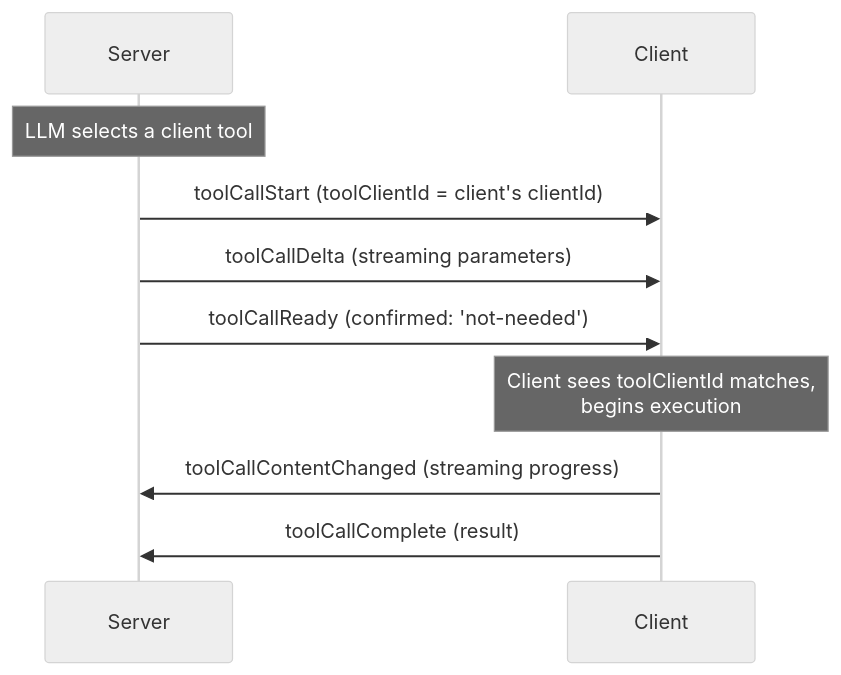
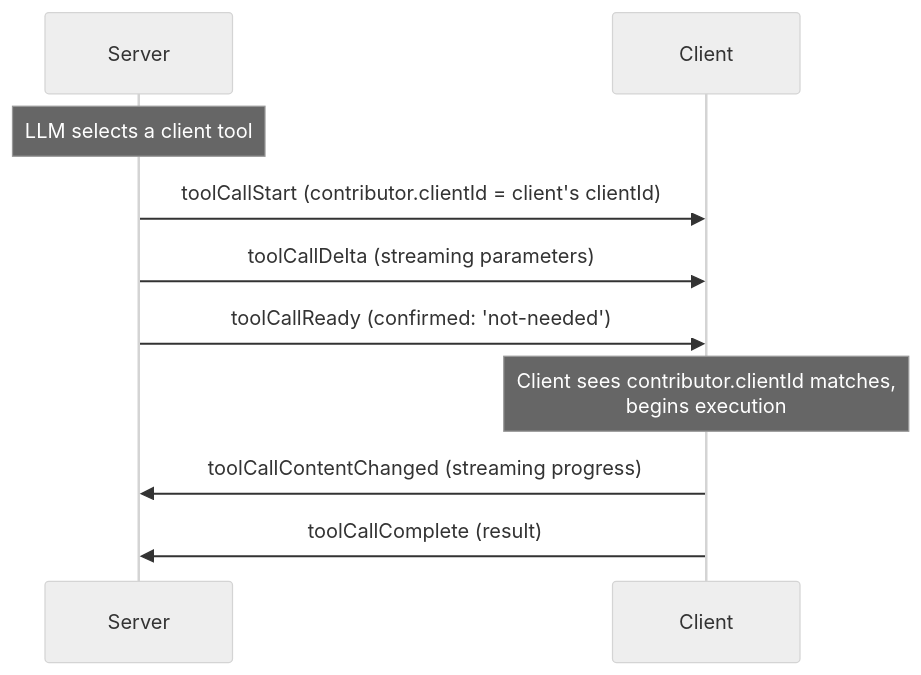
Before and after one commit to Qusic/agent-host-protocol: the fifth of 7 diagrams in docs/guide/customizations.md, drawn with Mermaid (neutral theme). The commit also changed other lines of this file and 102 other files, not shown here.

````diff
--- a/docs/guide/customizations.md
+++ b/docs/guide/customizations.md
@@ -276,15 +277,15 @@
 ```mermaid
 sequenceDiagram
     participant Server
     participant Client
 
     Note over Server: LLM selects a client tool
-    Server->>Client: toolCallStart (toolClientId = client's clientId)
+    Server->>Client: toolCallStart (contributor.clientId = client's clientId)
     Server->>Client: toolCallDelta (streaming parameters)
     Server->>Client: toolCallReady (confirmed: 'not-needed')
 
-    Note over Client: Client sees toolClientId matches,<br/>begins execution
+    Note over Client: Client sees contributor.clientId matches,<br/>begins execution
 
     Client->>Server: toolCallContentChanged (streaming progress)
     Client->>Server: toolCallComplete (result)
 ```
````
